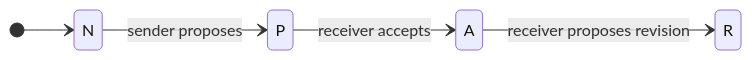
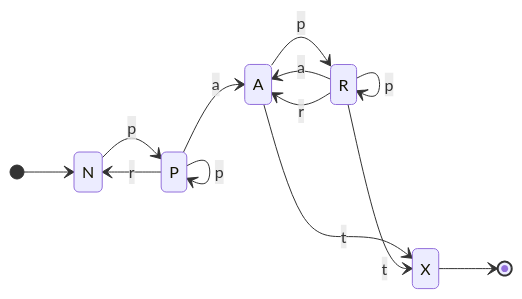
One commit to CERTCC/Vultron changed the seventh of 7 diagrams in docs/process_models/em/index.md. Above: the diagram before and after it, drawn with Mermaid. The commit also changed other lines of this file and 6 other files, not shown here.

````diff
--- a/docs/process_models/em/index.md
+++ b/docs/process_models/em/index.md
@@ -417,8 +281,16 @@
 ```mermaid
 stateDiagram-v2
     direction LR
     [*] --> N
-    N --> P : sender proposes
-    P --> A : receiver accepts
-    A --> R : receiver proposes revision
+    N --> P: p
+    P --> P: p
+    P --> N: r
+    P --> A: a
+    A --> R: p
+    A --> X: t
+    R --> R: p
+    R --> A: a
+    R --> A: r
+    R --> X: t
+    X --> [*]
 ```
````
